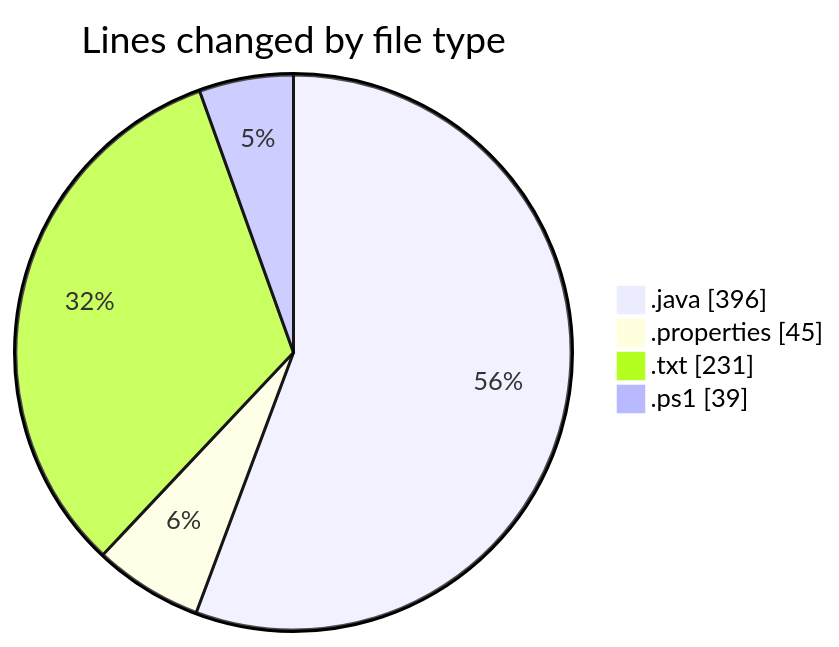
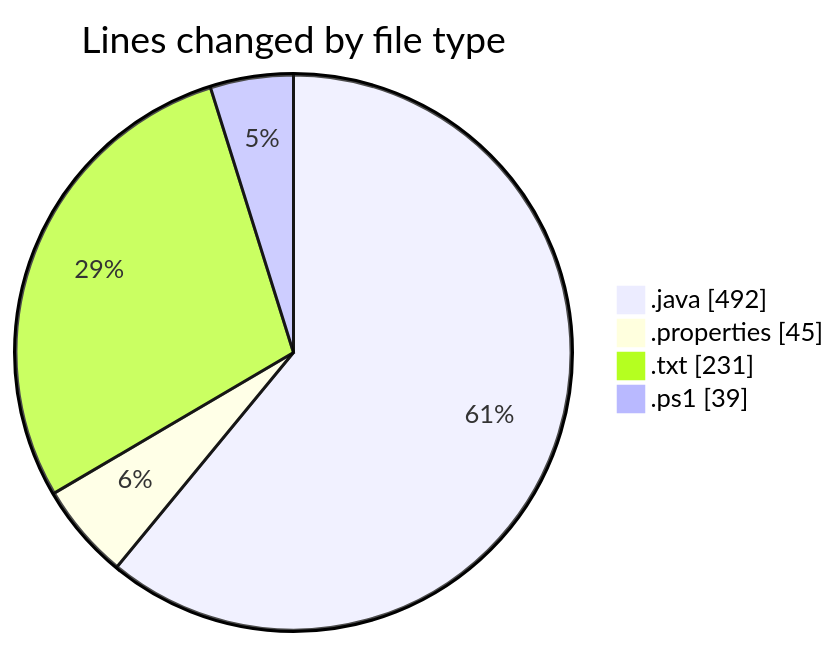
Before and after one commit to ricardozamudiocil/code-tracking: the first of 2 diagrams in 2026-03-03/cilapp/README.md, drawn with Mermaid. The commit also changed other lines of this file and 1 other file, not shown here.

````diff
--- a/2026-03-03/cilapp/README.md
+++ b/2026-03-03/cilapp/README.md
@@ -25,8 +27,8 @@
 ```mermaid
 pie showData
 title Lines changed by file type
-".java" : 396
+".java" : 492
 ".properties" : 45
 ".txt" : 231
 ".ps1" : 39
 ```
````
